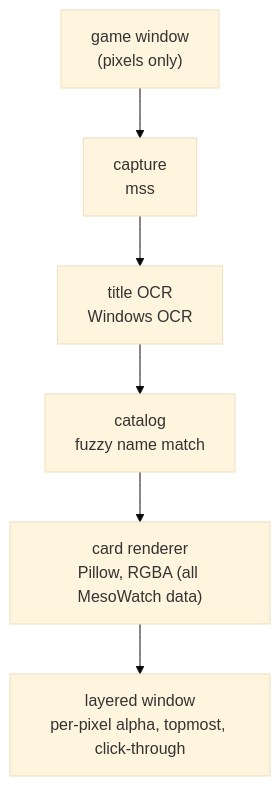
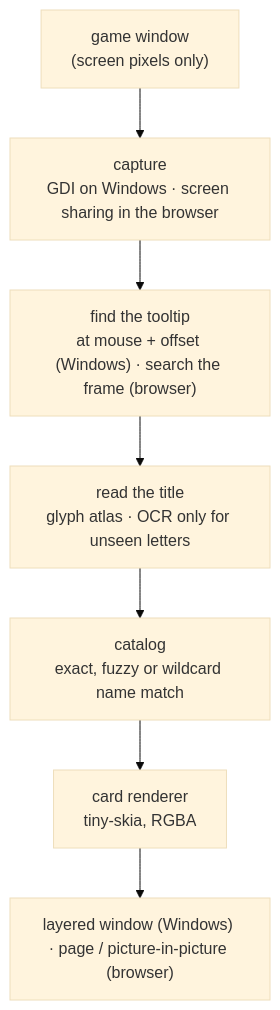
One commit to MapleLens/maplelens changed the diagram in README.md. Above: the diagram before and after it, drawn with Mermaid (base theme). The commit also changed other lines of this file and 336 other files, not shown here.

````diff
--- a/README.md
+++ b/README.md
@@ -172,8 +161,9 @@
 ```mermaid
 flowchart TD
-    A["game window<br/>(pixels only)"] --> B["capture<br/>mss"]
-    B --> C["title OCR<br/>Windows OCR"]
-    C --> D["catalog<br/>fuzzy name match"]
-    D --> E["card renderer<br/>Pillow, RGBA (all MesoWatch data)"]
-    E --> F["layered window<br/>per-pixel alpha, topmost, click-through"]
+    A["game window<br/>(screen pixels only)"] --> B["capture<br/>GDI on Windows · screen sharing in the browser"]
+    B --> C["find the tooltip<br/>at mouse + offset (Windows) · search the frame (browser)"]
+    C --> D["read the title<br/>glyph atlas · OCR only for unseen letters"]
+    D --> E["catalog<br/>exact, fuzzy or wildcard name match"]
+    E --> F["card renderer<br/>tiny-skia, RGBA"]
+    F --> G["layered window (Windows) · page / picture-in-picture (browser)"]
 ```
````
